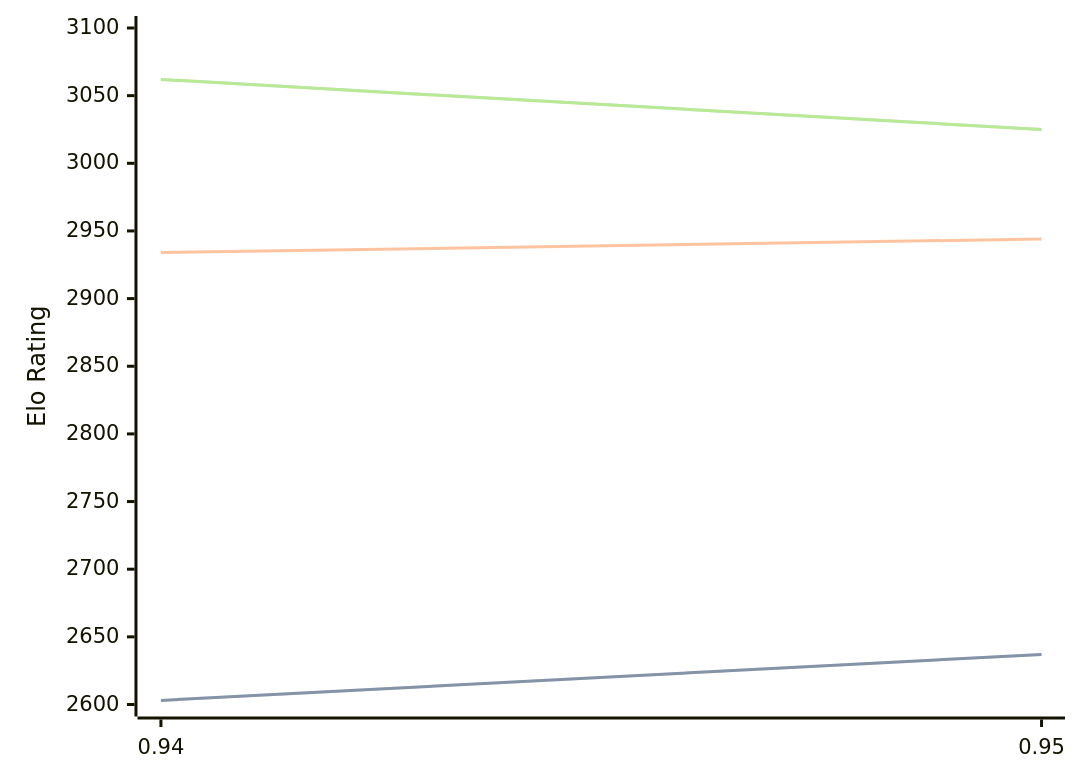
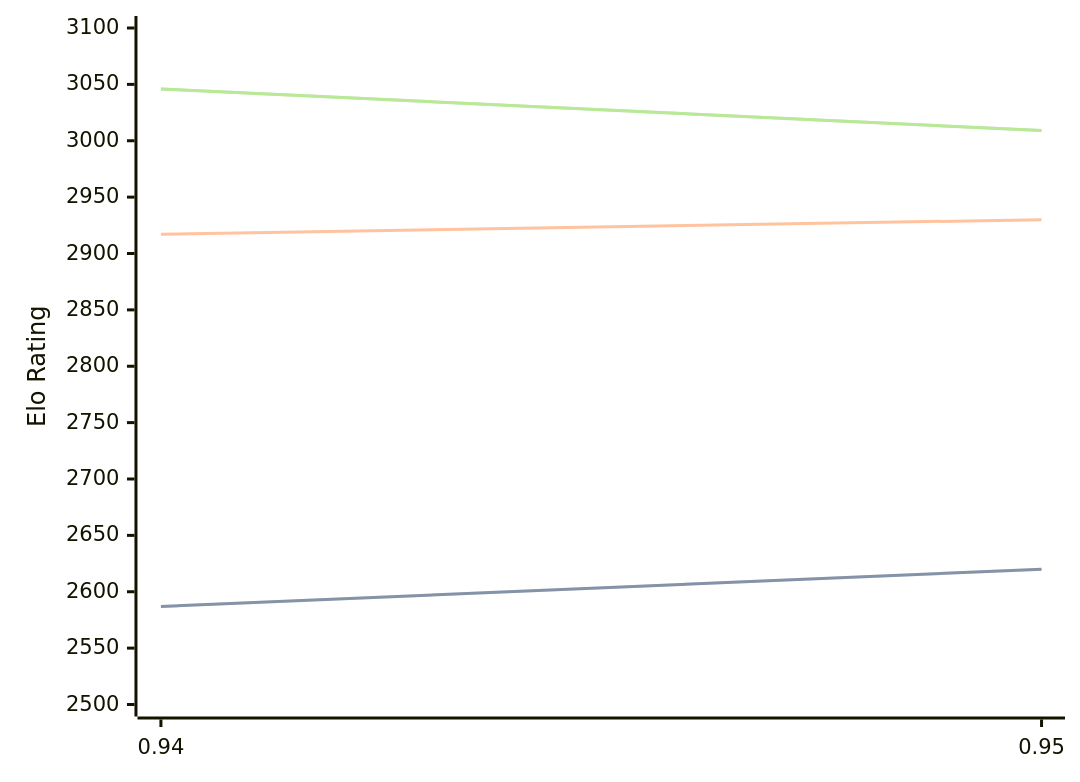
One commit to computer-chess-index/cci changed the diagram in engines/Myrddin.md. Above: the diagram before and after it, drawn with Mermaid. The commit also changed other lines of this file, not shown here.

Commit message:
Update CCI Ratings (ELO VLTC) - 2026-05-20

````diff
--- a/engines/Myrddin.md
+++ b/engines/Myrddin.md
@@ -37,11 +37,11 @@
 ```mermaid
 %%{init: {"theme":"base","themeVariables":{"seriesColors:['#a3a3a3','#222221','#faa371']}}}%%
 xychart-beta
   x-axis ["0.94", "0.95"]
-  y-axis "Elo Rating" 2600 --> 3100
-  line "STC (8.0+0.08s)" [2603, 2637]
-  line "STC (8.0+0.08s)" [2603, 2637]
-  line "LTC (60.0+0.60s)" [2934, 2944]
-  line "VLTC (2m24s+1.12s)" [3062, 3025]
-  line "VLTC (2m24s+1.12s)" [3062, 3025]
+  y-axis "Elo Rating" 2500 --> 3100
+  line "STC (8.0+0.08s)" [2587, 2620]
+  line "STC (8.0+0.08s)" [2587, 2620]
+  line "LTC (60.0+0.60s)" [2917, 2930]
+  line "VLTC (2m24s+1.12s)" [3046, 3009]
+  line "VLTC (2m24s+1.12s)" [3046, 3009]
 ```
````
